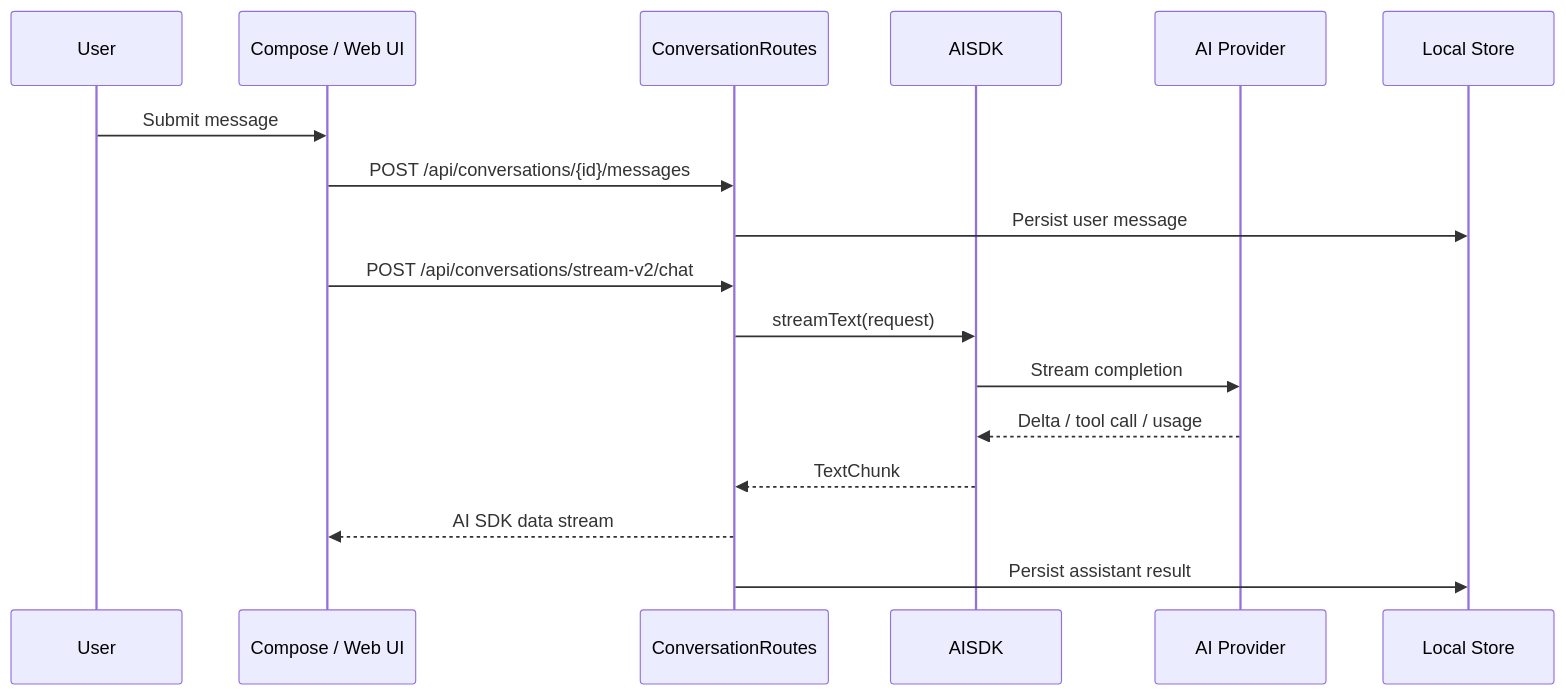
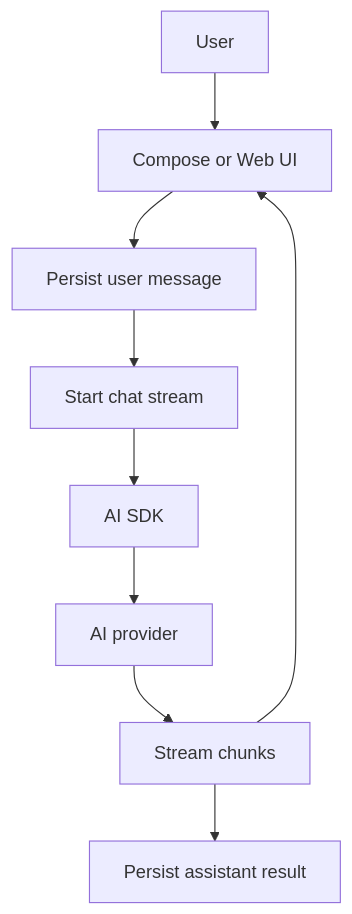
The fourth of 7 diagrams in README.md (EterUltimate/EterUee), drawn with Mermaid before and after one commit. The commit also changed other lines of this file and 2 other files, not shown here.

Commit message:
docs: make README diagrams GitHub-safe

````diff
--- a/README.md
+++ b/README.md
@@ -165,20 +143,20 @@
 ```mermaid
-sequenceDiagram
-    participant User
-    participant UI as Compose / Web UI
-    participant Routes as ConversationRoutes
-    participant SDK as AISDK
-    participant Provider as AI Provider
-    participant Store as Local Store
+graph TD
+    User[User]
+    UI[Compose or Web UI]
+    SaveUser[Persist user message]
+    Stream[Start chat stream]
+    SDK[AI SDK]
+    Provider[AI provider]
+    Delta[Stream chunks]
+    SaveAssistant[Persist assistant result]
 
-    User->>UI: Submit message
-    UI->>Routes: POST /api/conversations/{id}/messages
-    Routes->>Store: Persist user message
-    UI->>Routes: POST /api/conversations/stream-v2/chat
-    Routes->>SDK: streamText(request)
-    SDK->>Provider: Stream completion
-    Provider-->>SDK: Delta / tool call / usage
-    SDK-->>Routes: TextChunk
-    Routes-->>UI: AI SDK data stream
-    Routes->>Store: Persist assistant result
+    User --> UI
+    UI --> SaveUser
+    SaveUser --> Stream
+    Stream --> SDK
+    SDK --> Provider
+    Provider --> Delta
+    Delta --> UI
+    Delta --> SaveAssistant
 ```
````
